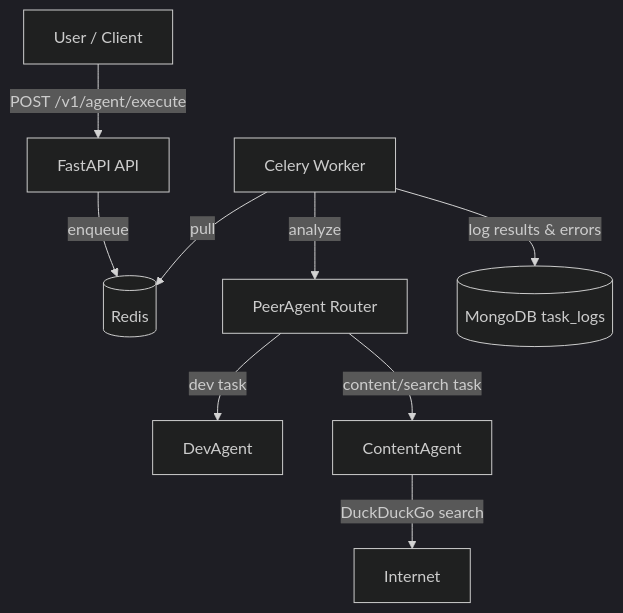
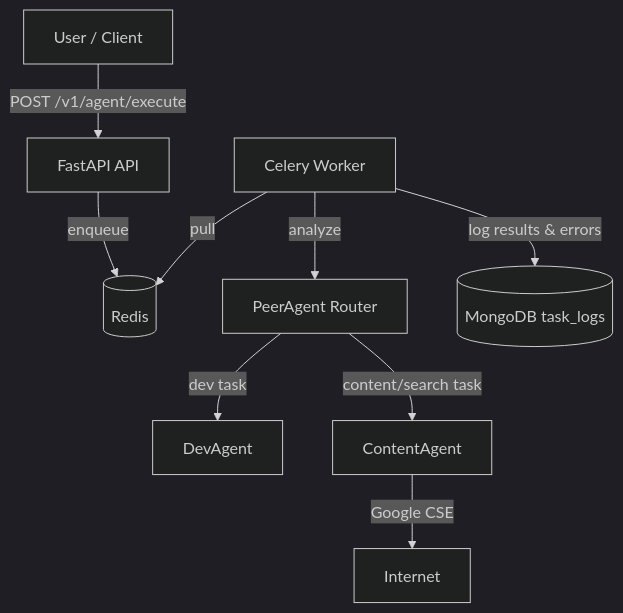
Before and after one commit to alisenn/case: the diagram in README.md, drawn with Mermaid (dark theme). The commit also changed other lines of this file, not shown here.

Commit message:
Update README: replace DuckDuckGo with Google Custom Search for ContentAgent; clarify environment variable requirements and enhance design notes

````diff
--- a/README.md
+++ b/README.md
@@ -7,11 +7,11 @@
 ```mermaid
 graph TD
     U[User / Client] -->|POST /v1/agent/execute| API[FastAPI API]
     API -->|enqueue| Q[(Redis)]
     W[Celery Worker] -->|pull| Q
     W -->|analyze| P[PeerAgent Router]
     P -->|dev task| D[DevAgent]
     P -->|content/search task| C[ContentAgent]
-    C -->|DuckDuckGo search| Web[Internet]
+    C -->|Google CSE| Web[Internet]
     W -->|log results & errors| DB[(MongoDB task_logs)]
 ```
````
